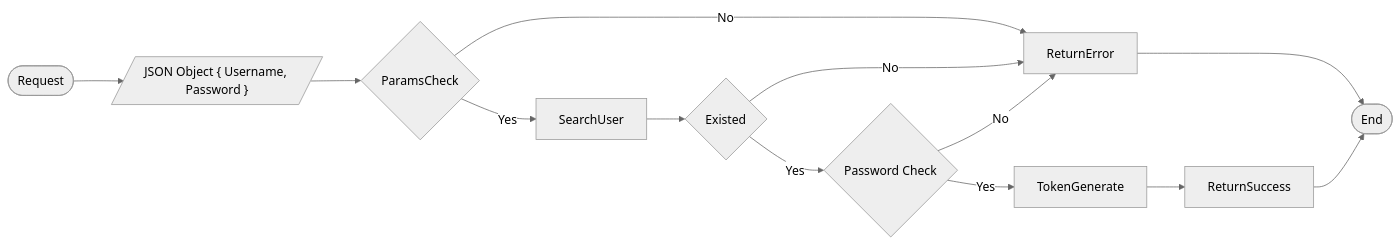
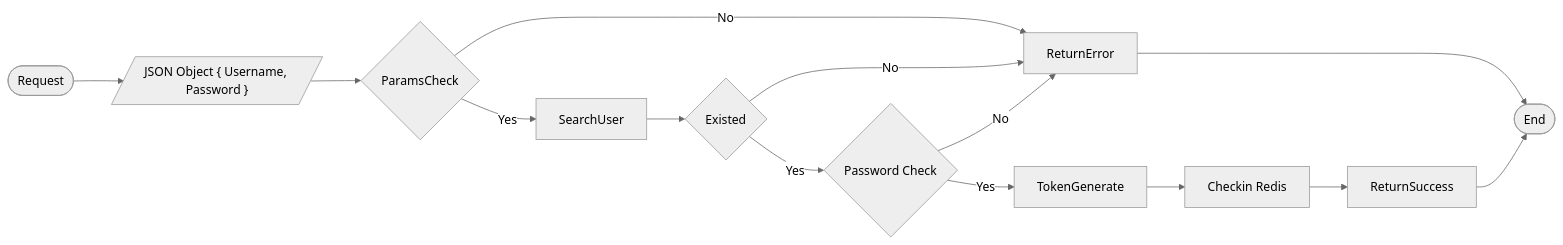
Before and after one commit to XIA1900/SE: the second of 5 diagrams in GFBackend/flowcharts/UserManage.md, drawn with Mermaid (neutral theme). The commit also changed other lines of this file and 16 other files, not shown here.

````diff
--- a/GFBackend/flowcharts/UserManage.md
+++ b/GFBackend/flowcharts/UserManage.md
@@ -16,9 +18,9 @@
 ```mermaid
 flowchart LR
 	Start([Request]) --> UserInfo[/"JSON Object { Username, Password }"/] --> ParamsCheck{ParamsCheck}
 	ParamsCheck --> |No| ReturnError[ReturnError] --> End([End])
 	ParamsCheck --> |Yes| SearchUser[SearchUser] --> Existed{Existed}
 	Existed --> |No| ReturnError
 	Existed --> |Yes| Password{Password Check} --> |No| ReturnError
-	Password --> |Yes| TokenGenerate --> ReturnSuccess[ReturnSuccess] --> End
+	Password --> |Yes| TokenGenerate --> CheckinRedis[Checkin Redis] --> ReturnSuccess[ReturnSuccess] --> End
 ```
````
